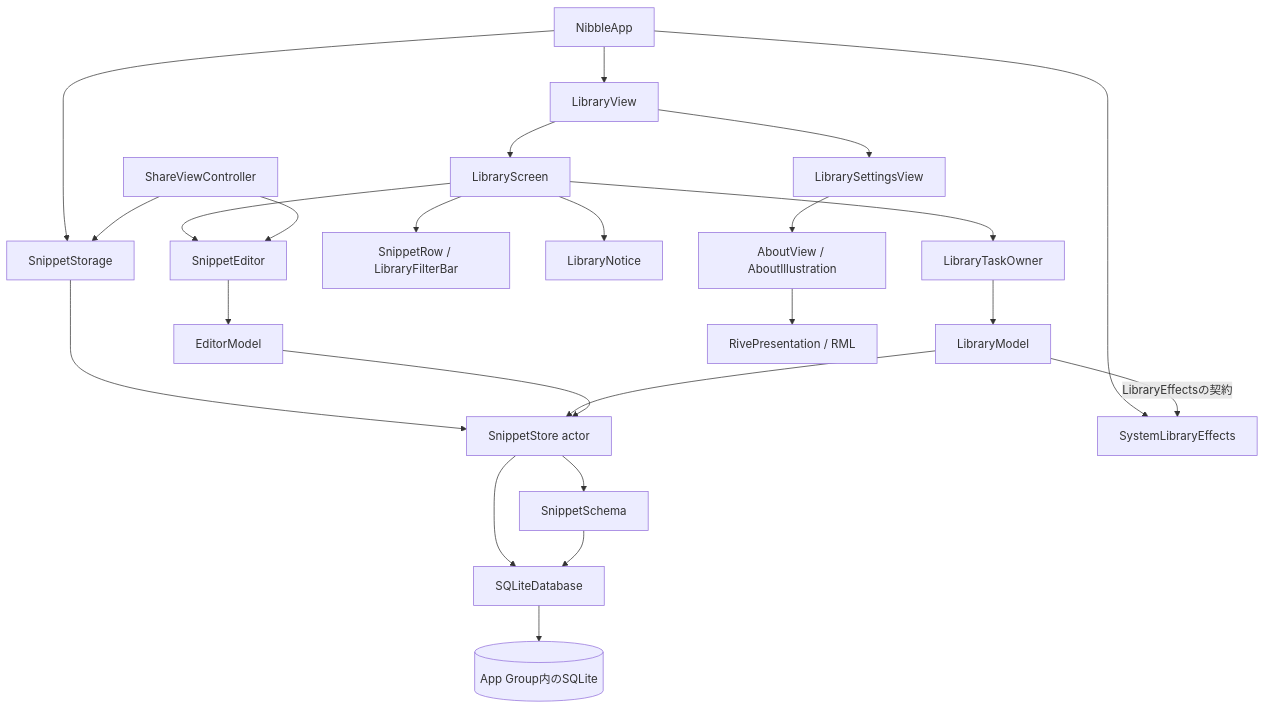
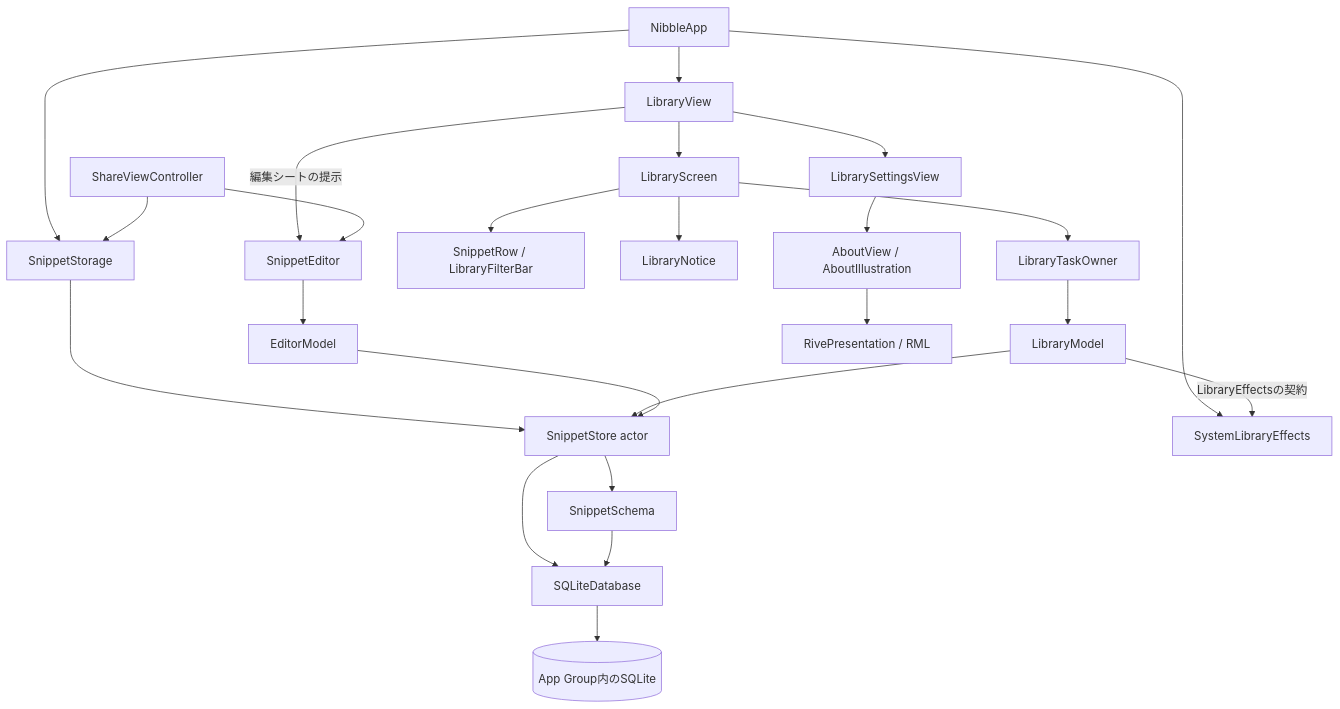
The first of 2 diagrams in docs/decisions/0002-mvp-app.md (9uiLe/nibble), drawn with Mermaid before and after one commit. The commit also changed other lines of this file and 7 other files, not shown here.

````diff
--- a/docs/decisions/0002-mvp-app.md
+++ b/docs/decisions/0002-mvp-app.md
@@ -61,26 +61,26 @@
 ```mermaid
 flowchart TB
     App[NibbleApp] --> Factory[SnippetStorage]
     Share[ShareViewController] --> Factory
     Factory --> Store[SnippetStore actor]
     App --> Tabs[LibraryView]
     App --> Effects[SystemLibraryEffects]
     Tabs --> Screen[LibraryScreen]
     Screen --> Owner[LibraryTaskOwner]
     Owner --> Model[LibraryModel]
     Model --> Store
     Model -->|LibraryEffectsの契約| Effects
     Screen --> Row[SnippetRow / LibraryFilterBar]
     Screen --> Notice[LibraryNotice]
-    Screen --> Editor[SnippetEditor]
+    Tabs -->|編集シートの提示| Editor[SnippetEditor]
     Share --> Editor
     Editor --> Editing[EditorModel]
     Editing --> Store
     Store --> Schema[SnippetSchema]
     Store --> SQL[SQLiteDatabase]
     Schema --> SQL
     SQL --> DB[(App Group内のSQLite)]
     Tabs --> Settings[LibrarySettingsView]
     Settings --> About[AboutView / AboutIllustration]
     About --> Rive[RivePresentation / RML]
 ```
````
